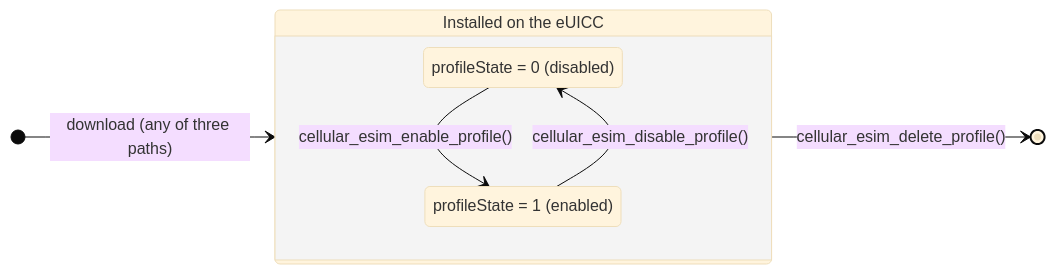
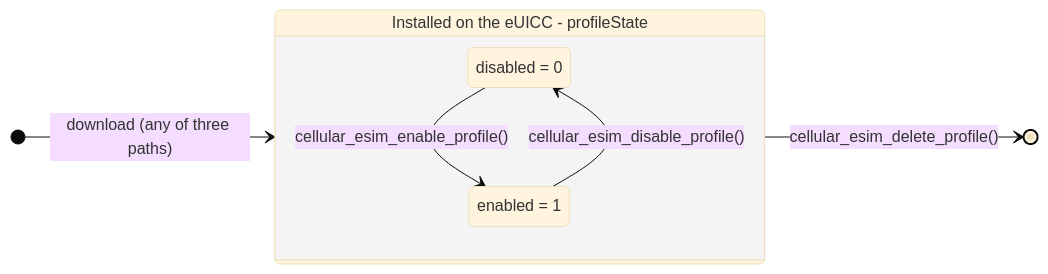
One commit to Blitzy-Sky/rdkb-halif-lpa changed the third of 3 diagrams in docs/pages/halSpec.md. Above: the diagram before and after it, drawn with Mermaid (base theme). The commit also changed other lines of this file, not shown here.

Commit message:
docs: unify LPA HAL sequence arrows and keep state labels on one line
Callbacks drawn as solid initiating messages; profile state labels shortened to "disabled = 0" and "enabled = 1" under an "Installed on the eUICC - profileState" composite so each renders on one line.

````diff
--- a/docs/pages/halSpec.md
+++ b/docs/pages/halSpec.md
@@ -368,12 +368,12 @@
 ```mermaid
 stateDiagram-v2
     direction LR
-    state "Installed on the eUICC" as Installed {
-        state "profileState = 0 (disabled)" as Disabled
-        state "profileState = 1 (enabled)" as Enabled
+    state "Installed on the eUICC - profileState" as Installed {
+        state "disabled = 0" as Disabled
+        state "enabled = 1" as Enabled
         Disabled --> Enabled : cellular_esim_enable_profile()
         Enabled --> Disabled : cellular_esim_disable_profile()
     }
     [*] --> Installed : download (any of three paths)
     Installed --> [*] : cellular_esim_delete_profile()
 ```
````
